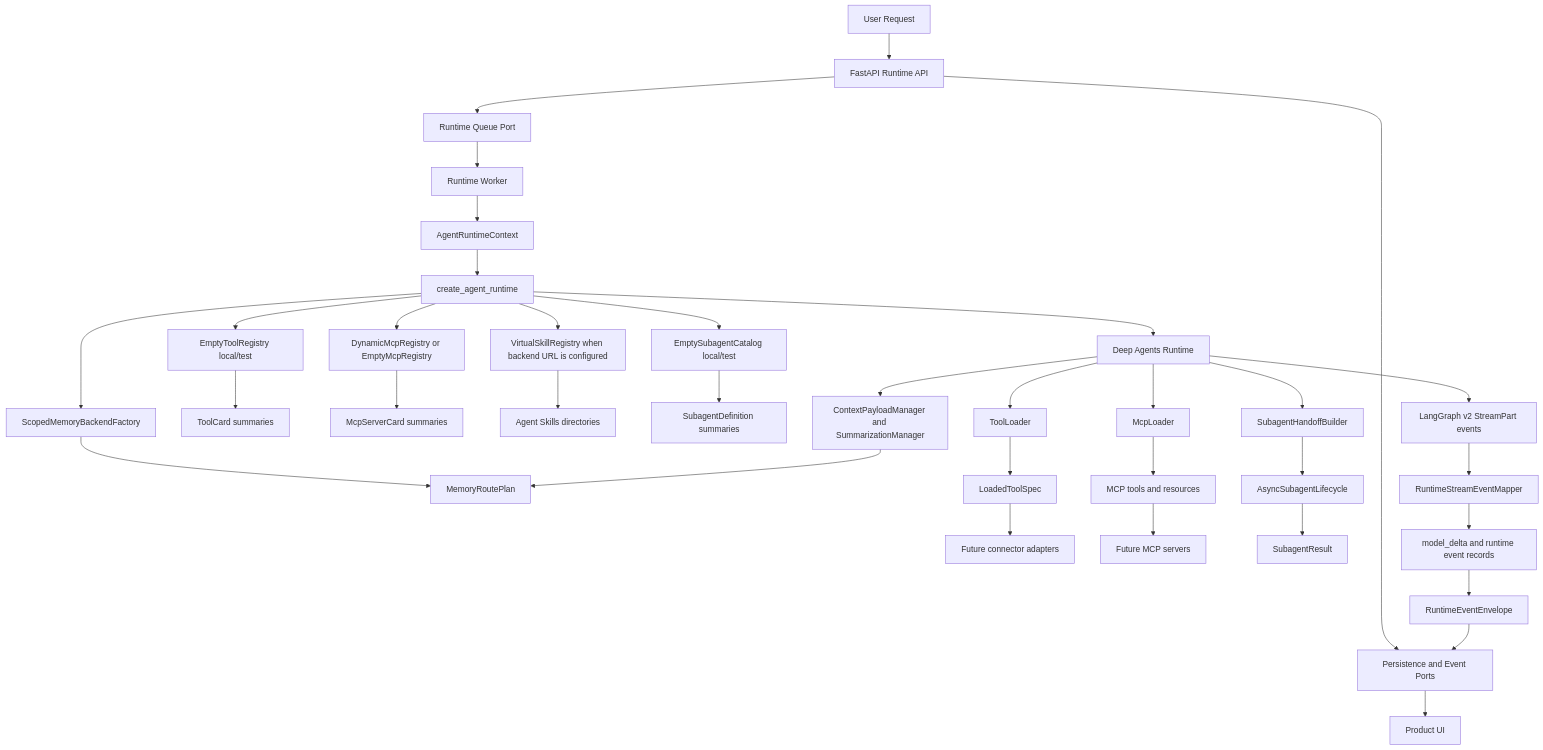
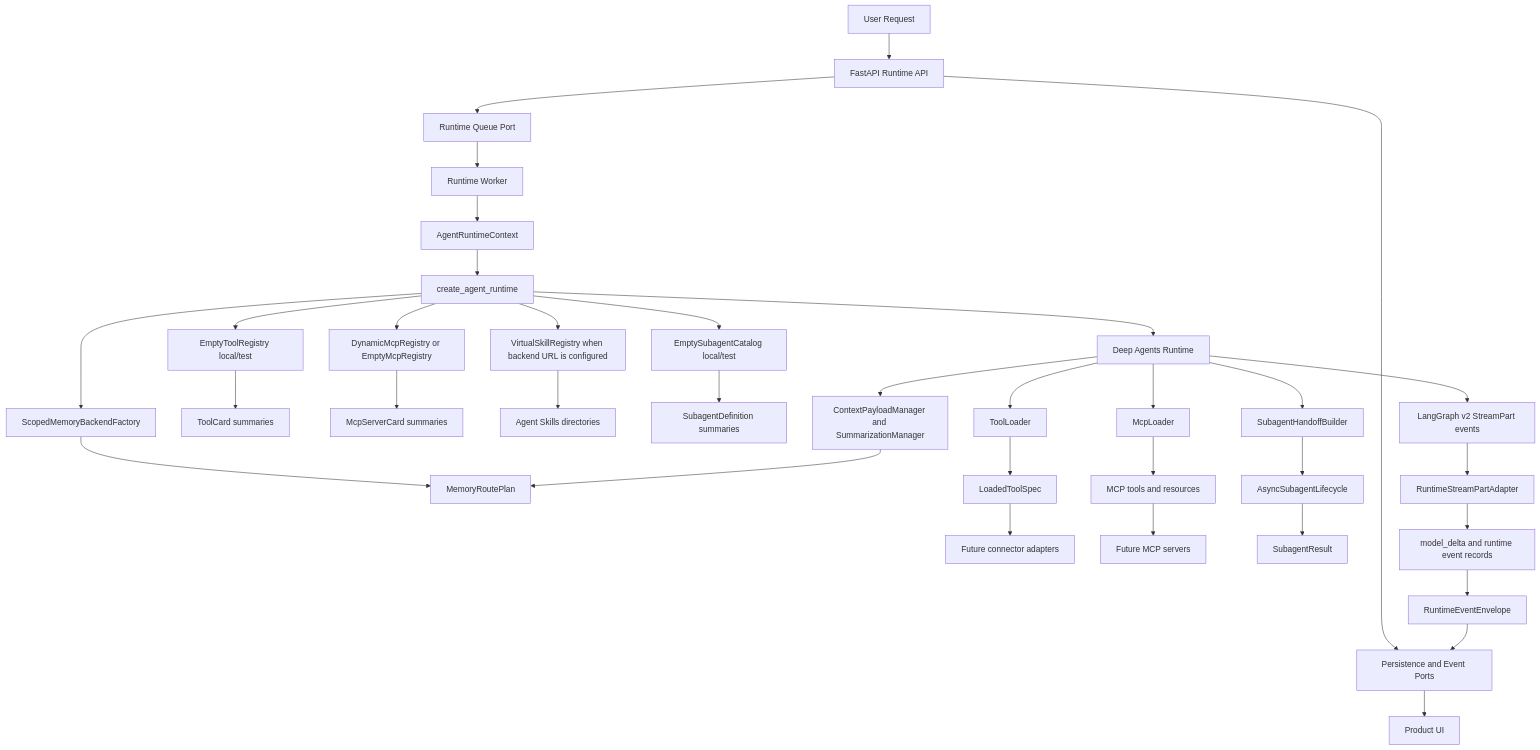
Before and after one commit to 0x-copilot-dev/0x-copilot: the diagram in services/ai-backend/docs/architecture/system-overview.md, drawn with Mermaid. The commit also changed other lines of this file and 36 other files, not shown here.

First line of the commit message:
Align runtime stream events

````diff
--- a/services/ai-backend/docs/architecture/system-overview.md
+++ b/services/ai-backend/docs/architecture/system-overview.md
@@ -11,44 +11,44 @@
 ```mermaid
 flowchart TD
   UserRequest[User Request] --> RuntimeAPI[FastAPI Runtime API]
   RuntimeAPI --> Persistence[Persistence and Event Ports]
   RuntimeAPI --> Queue[Runtime Queue Port]
   Queue --> Worker[Runtime Worker]
   Worker --> RuntimeContext[AgentRuntimeContext]
   RuntimeContext --> RuntimeFactory[create_agent_runtime]
   RuntimeFactory --> DeepAgent[Deep Agents Runtime]
 
   RuntimeFactory --> ToolRegistry[EmptyToolRegistry local/test]
   RuntimeFactory --> McpRegistry[DynamicMcpRegistry or EmptyMcpRegistry]
   RuntimeFactory --> SkillRegistry[VirtualSkillRegistry when backend URL is configured]
   RuntimeFactory --> MemoryFactory[ScopedMemoryBackendFactory]
   RuntimeFactory --> SubagentCatalog[EmptySubagentCatalog local/test]
 
   ToolRegistry --> ToolCards[ToolCard summaries]
   McpRegistry --> McpCards[McpServerCard summaries]
   SkillRegistry --> SkillDirs[Agent Skills directories]
   MemoryFactory --> MemoryRoutes[MemoryRoutePlan]
   SubagentCatalog --> SubagentDefs[SubagentDefinition summaries]
 
   DeepAgent --> ToolLoader[ToolLoader]
   ToolLoader --> LoadedToolSpec[LoadedToolSpec]
   LoadedToolSpec --> ConnectorAdapters[Future connector adapters]
 
   DeepAgent --> McpLoader[McpLoader]
   McpLoader --> McpDescriptors[MCP tools and resources]
   McpDescriptors --> McpServers[Future MCP servers]
 
   DeepAgent --> Handoff[SubagentHandoffBuilder]
   Handoff --> AsyncLifecycle[AsyncSubagentLifecycle]
   AsyncLifecycle --> SubagentResult[SubagentResult]
 
   DeepAgent --> ContextManagers[ContextPayloadManager and SummarizationManager]
   ContextManagers --> MemoryRoutes
 
   DeepAgent --> RawEvents[LangGraph v2 StreamPart events]
-  RawEvents --> StreamMapper[RuntimeStreamEventMapper]
+  RawEvents --> StreamMapper[RuntimeStreamPartAdapter]
   StreamMapper --> StreamEvents[model_delta and runtime event records]
   StreamEvents --> EventEnvelope[RuntimeEventEnvelope]
   EventEnvelope --> Persistence
   Persistence --> WorkSurfaceUI[Product UI]
 ```
````
